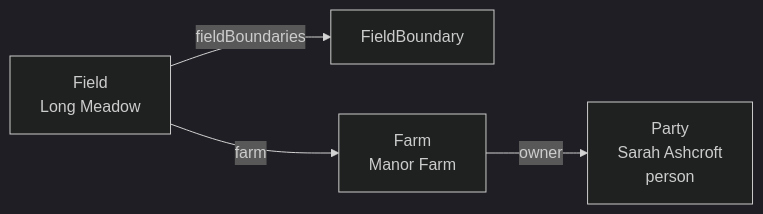
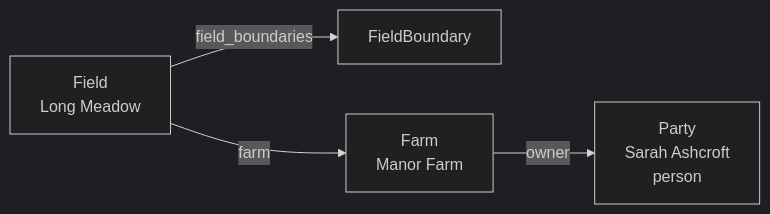
One commit to DKE-Data/masterdata-sync-working-group changed the second of 6 diagrams in architecture/08-party-model.md. Above: the diagram before and after it, drawn with Mermaid (dark theme). The commit also changed other lines of this file and 7 other files, not shown here.

````diff
--- a/architecture/08-party-model.md
+++ b/architecture/08-party-model.md
@@ -113,6 +113,6 @@
 ```mermaid
 flowchart LR
-    FI["Field \n Long Meadow"] -->|"fieldBoundaries"| B["FieldBoundary"]
+    FI["Field \n Long Meadow"] -->|"field_boundaries"| B["FieldBoundary"]
     FI -->|"farm"| F["Farm \n Manor Farm"]
     F -->|"owner"| P["Party \n Sarah Ashcroft \n person"]
 ```
````
